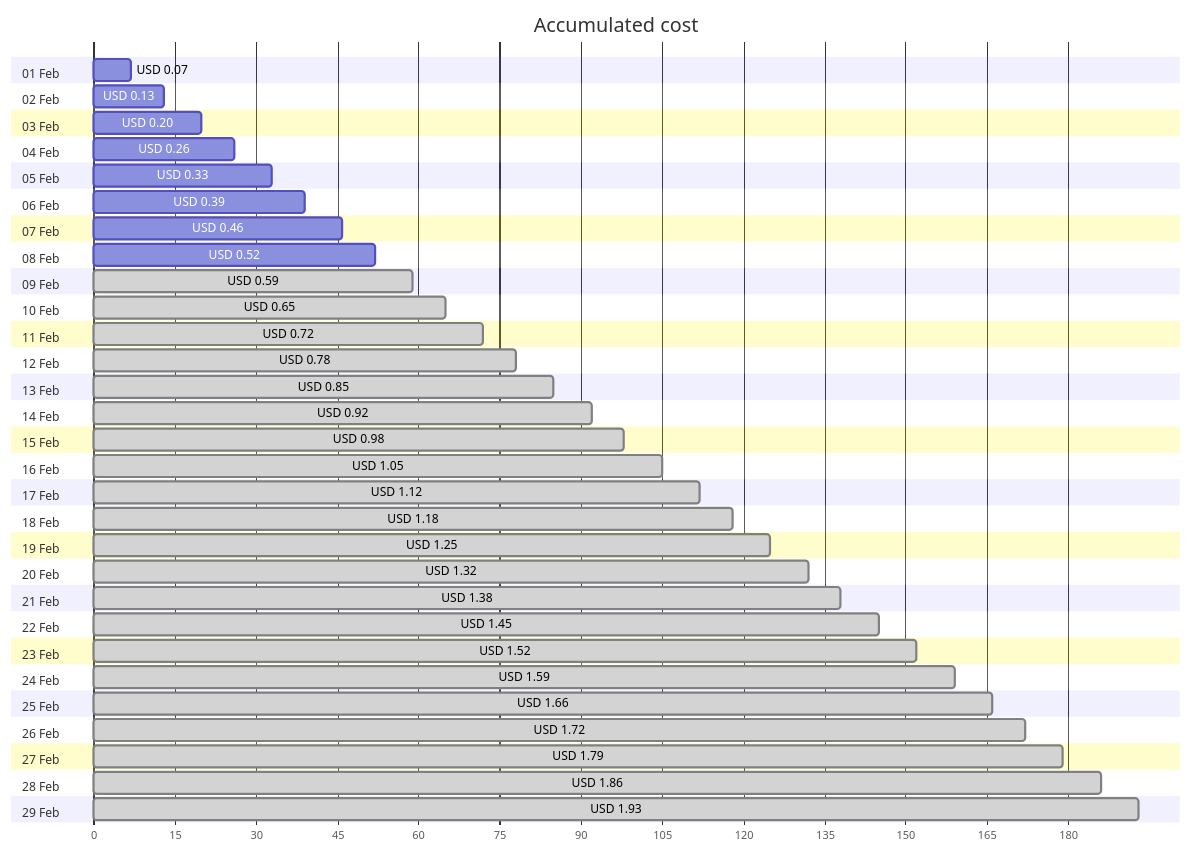
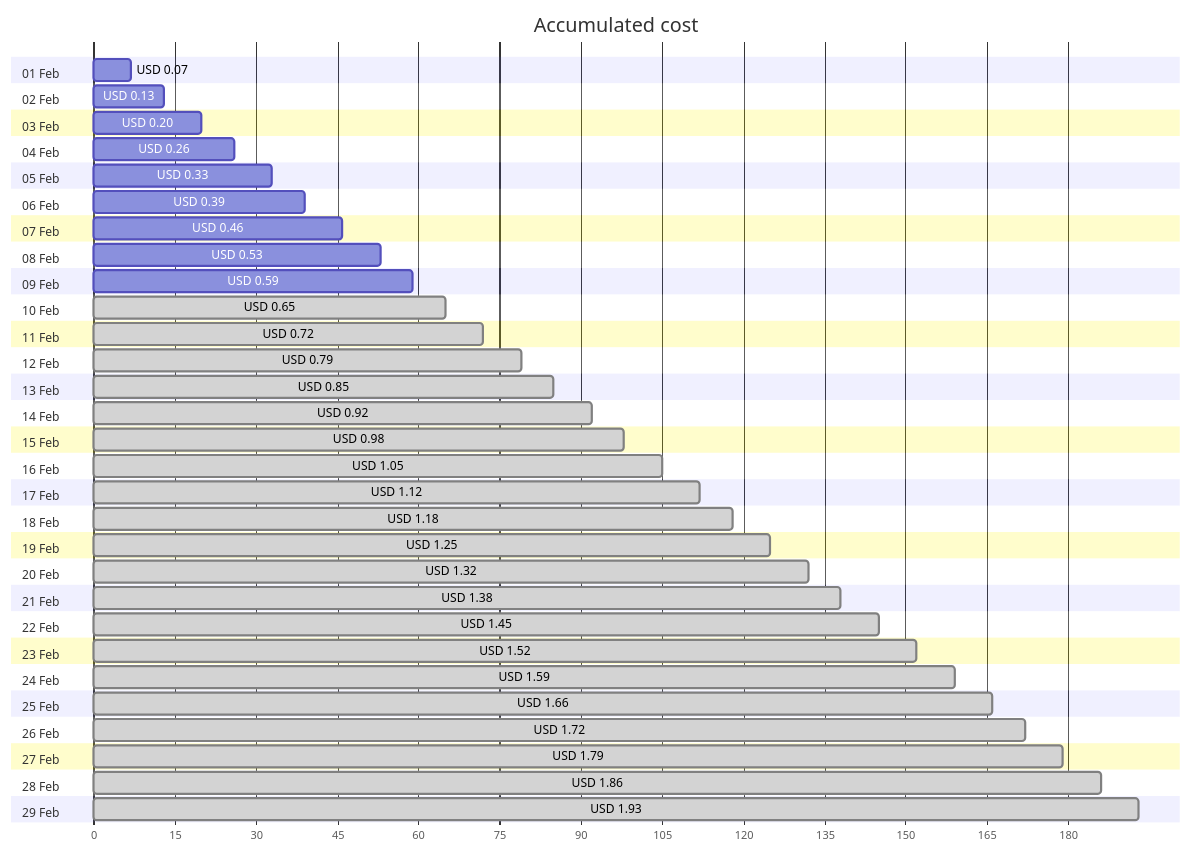
One commit to jpfulton/azure-personal-reports changed the first of 4 diagrams in cost-reports/personal-network/vpn-server_OsDisk.md. Above: the diagram before and after it, drawn with Mermaid. The commit also changed other lines of this file and 8 other files, not shown here.

````diff
--- a/cost-reports/personal-network/vpn-server_OsDisk.md
+++ b/cost-reports/personal-network/vpn-server_OsDisk.md
@@ -20,64 +20,64 @@
 ```mermaid
 gantt
    title Accumulated cost
    dateFormat  X
    axisFormat %s
    section 01 Feb
    USD 0.07 :0, 7
    section 02 Feb
    USD 0.13 :0, 13
    section 03 Feb
    USD 0.20 :0, 20
    section 04 Feb
    USD 0.26 :0, 26
    section 05 Feb
    USD 0.33 :0, 33
    section 06 Feb
    USD 0.39 :0, 39
    section 07 Feb
    USD 0.46 :0, 46
    section 08 Feb
-   USD 0.52 :0, 52
+   USD 0.53 :0, 53
    section 09 Feb
-   USD 0.59 : done, 0, 59
+   USD 0.59 :0, 59
    section 10 Feb
    USD 0.65 : done, 0, 65
    section 11 Feb
    USD 0.72 : done, 0, 72
    section 12 Feb
-   USD 0.78 : done, 0, 78
+   USD 0.79 : done, 0, 79
    section 13 Feb
    USD 0.85 : done, 0, 85
    section 14 Feb
    USD 0.92 : done, 0, 92
    section 15 Feb
    USD 0.98 : done, 0, 98
    section 16 Feb
    USD 1.05 : done, 0, 105
    section 17 Feb
    USD 1.12 : done, 0, 112
    section 18 Feb
    USD 1.18 : done, 0, 118
    section 19 Feb
    USD 1.25 : done, 0, 125
    section 20 Feb
    USD 1.32 : done, 0, 132
    section 21 Feb
    USD 1.38 : done, 0, 138
    section 22 Feb
    USD 1.45 : done, 0, 145
    section 23 Feb
    USD 1.52 : done, 0, 152
    section 24 Feb
    USD 1.59 : done, 0, 159
    section 25 Feb
    USD 1.66 : done, 0, 166
    section 26 Feb
    USD 1.72 : done, 0, 172
    section 27 Feb
    USD 1.79 : done, 0, 179
    section 28 Feb
    USD 1.86 : done, 0, 186
    section 29 Feb
    USD 1.93 : done, 0, 193
 ```
````
